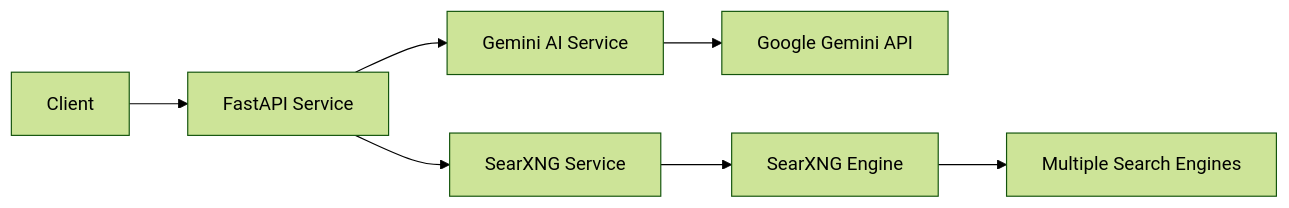
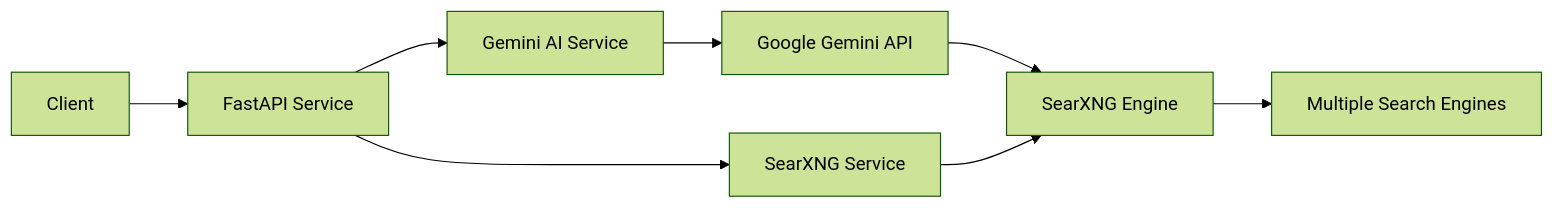
One commit to quanghuyqtrg/MetaCrawler changed the diagram in README.md. Above: the diagram before and after it, drawn with Mermaid (forest theme). The commit also changed other lines of this file and 2 other files, not shown here.

````diff
--- a/README.md
+++ b/README.md
@@ -16,9 +16,10 @@
 ```mermaid
 graph LR
     A[Client] --> B[FastAPI Service]
     B --> C[Gemini AI Service]
     B --> D[SearXNG Service]
     C --> E[Google Gemini API]
+    E[Google Gemini API] --> F[SearXNG Engine]
     D --> F[SearXNG Engine]
     F --> G[Multiple Search Engines]
 ```
````
